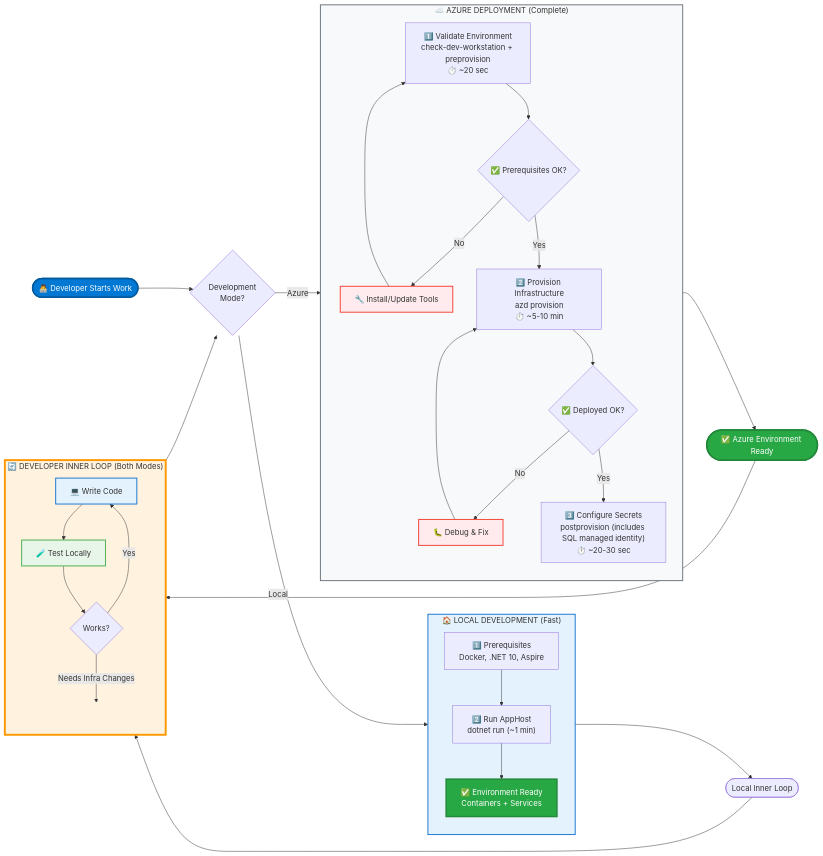
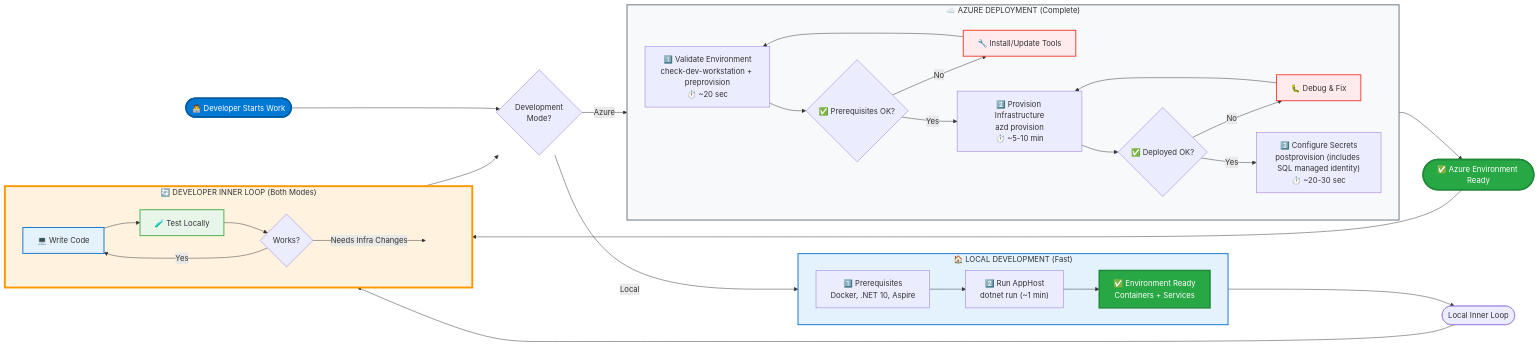
One commit to Evilazaro/Azure-LogicApps-Monitoring changed the second of 3 diagrams in hooks/README.md. Above: the diagram before and after it, drawn with Mermaid. The commit also changed other lines of this file and 3 other files, not shown here.

````diff
--- a/hooks/README.md
+++ b/hooks/README.md
@@ -221,59 +247,59 @@
 ```mermaid
 flowchart LR
     Start([👨‍💻 Developer Starts Work]) --> ModeChoice{Development<br/>Mode?}
     
     ModeChoice -->|Local| LocalSetup
     ModeChoice -->|Azure| AzureSetup
 
     subgraph LocalSetup["🏠 LOCAL DEVELOPMENT (Fast)"]
-        direction TB
+        direction LR
         LocalPrereq["1️⃣ Prerequisites<br/>Docker, .NET 10, Aspire"]
         LocalPrereq --> LocalRun["2️⃣ Run AppHost<br/>dotnet run (~1 min)"]
         LocalRun --> LocalReady["✅ Environment Ready<br/>Containers + Services"]
     end
 
     subgraph AzureSetup["☁️ AZURE DEPLOYMENT (Complete)"]
-        direction TB
+        direction LR
         Validate["1️⃣ Validate Environment<br/>check-dev-workstation + preprovision<br/>⏱️ ~20 sec"]
         Validate --> CheckValid{✅ Prerequisites OK?}
         CheckValid --> |No| Fix[🔧 Install/Update Tools]
         Fix --> Validate
         CheckValid --> |Yes| Provision
 
         Provision["2️⃣ Provision Infrastructure<br/>azd provision<br/>⏱️ ~5-10 min"]
         Provision --> CheckDeploy{✅ Deployed OK?}
         CheckDeploy --> |No| Debug[🐛 Debug & Fix]
         Debug --> Provision
         CheckDeploy --> |Yes| Configure
 
         Configure["3️⃣ Configure Secrets<br/>postprovision (includes SQL managed identity)<br/>⏱️ ~20-30 sec"]
     end
 
     LocalReady --> LocalLoop([Local Inner Loop])
     Configure --> AzureReady([✅ Azure Environment Ready])
     AzureReady --> DevLoop
 
     subgraph DevLoop["🔄 DEVELOPER INNER LOOP (Both Modes)"]
-        direction TB
+        direction LR
         Code[💻 Write Code] --> Test[🧪 Test Locally]
         Test --> Review{Works?}
         Review --> |Yes| Code
         Review --> |Needs Infra Changes| ExitLoop[ ]
     end
 
     ExitLoop --> ModeChoice
 
     LocalLoop --> Code
 
     style Start fill:#0078d4,stroke:#005a9e,stroke-width:3px,color:#fff
     style LocalReady fill:#28a745,stroke:#218838,stroke-width:3px,color:#fff
     style AzureReady fill:#28a745,stroke:#218838,stroke-width:3px,color:#fff
     style LocalSetup fill:#e3f2fd,stroke:#1976d2,stroke-width:2px
     style AzureSetup fill:#f8f9fa,stroke:#6c757d,stroke-width:2px
     style DevLoop fill:#fff3e0,stroke:#ff9800,stroke-width:4px
     style Code fill:#e3f2fd,stroke:#1976d2,stroke-width:2px
     style Test fill:#e8f5e9,stroke:#4caf50,stroke-width:2px
     style Fix fill:#ffebee,stroke:#f44336,stroke-width:2px
     style Debug fill:#ffebee,stroke:#f44336,stroke-width:2px
     style ExitLoop fill:none,stroke:none
 ```
````
